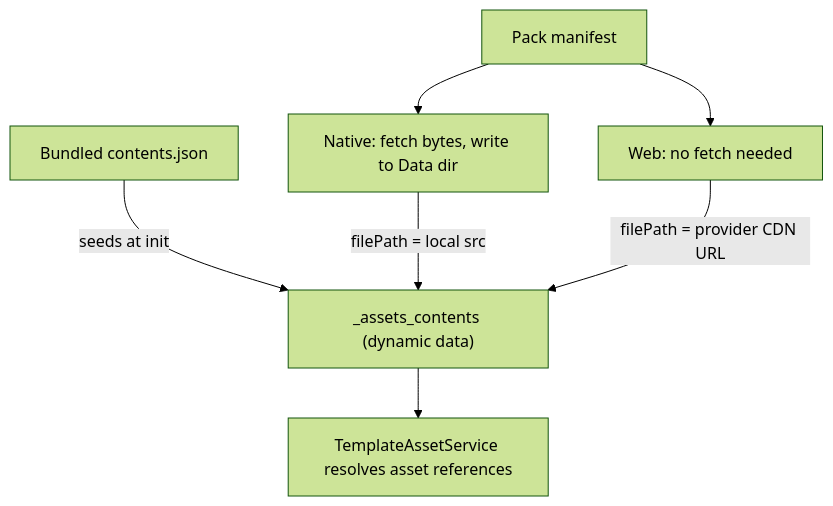
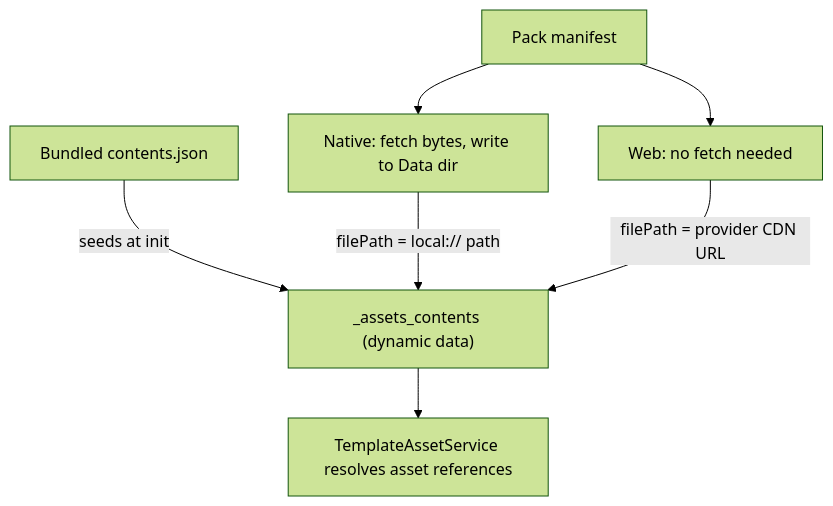
Before and after one commit to IDEMSInternational/open-app-builder: the diagram in src/app/shared/services/remote-asset/README.md, drawn with Mermaid (forest theme). The commit also changed other lines of this file and 7 other files, not shown here.

````diff
--- a/src/app/shared/services/remote-asset/README.md
+++ b/src/app/shared/services/remote-asset/README.md
@@ -34,9 +34,9 @@
 ```mermaid
 flowchart TD
     Core["Bundled contents.json"] -->|seeds at init| Contents["_assets_contents (dynamic data)"]
     Manifest["Pack manifest"] --> Native["Native: fetch bytes, write to Data dir"]
     Manifest --> Web["Web: no fetch needed"]
-    Native -->|"filePath = local src"| Contents
+    Native -->|"filePath = local:// path"| Contents
     Web -->|"filePath = provider CDN URL"| Contents
     Contents --> Template["TemplateAssetService resolves asset references"]
 ```
````
